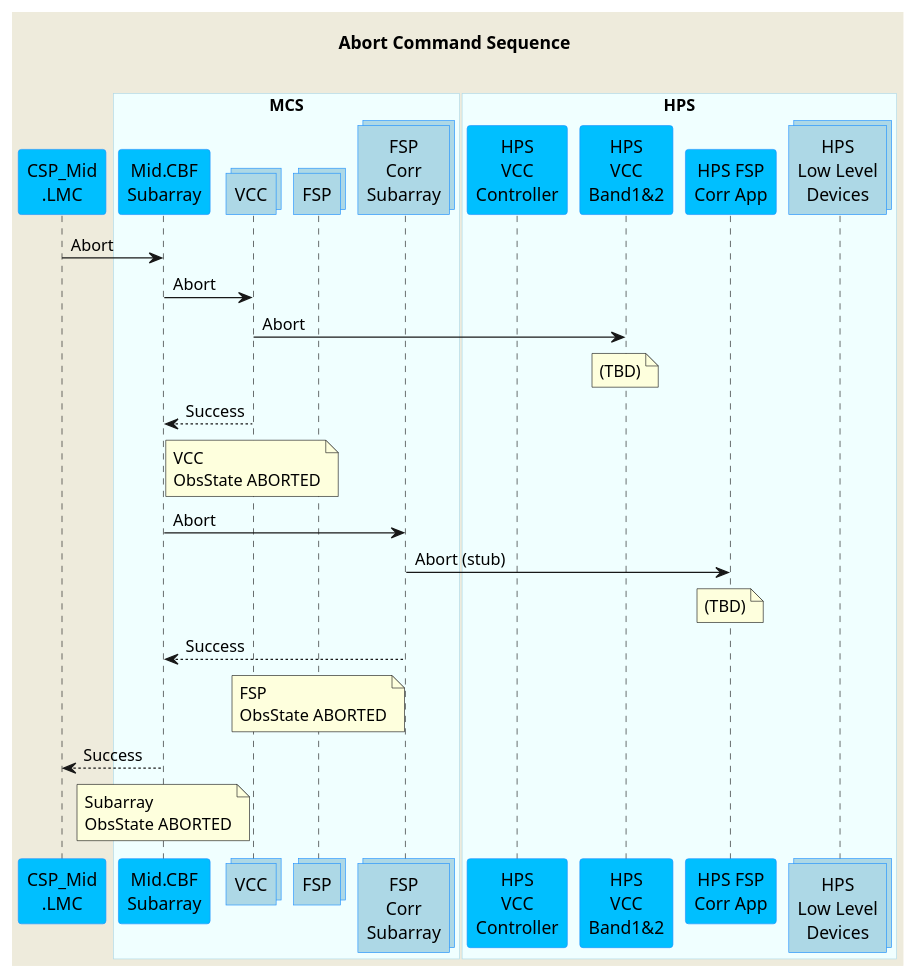
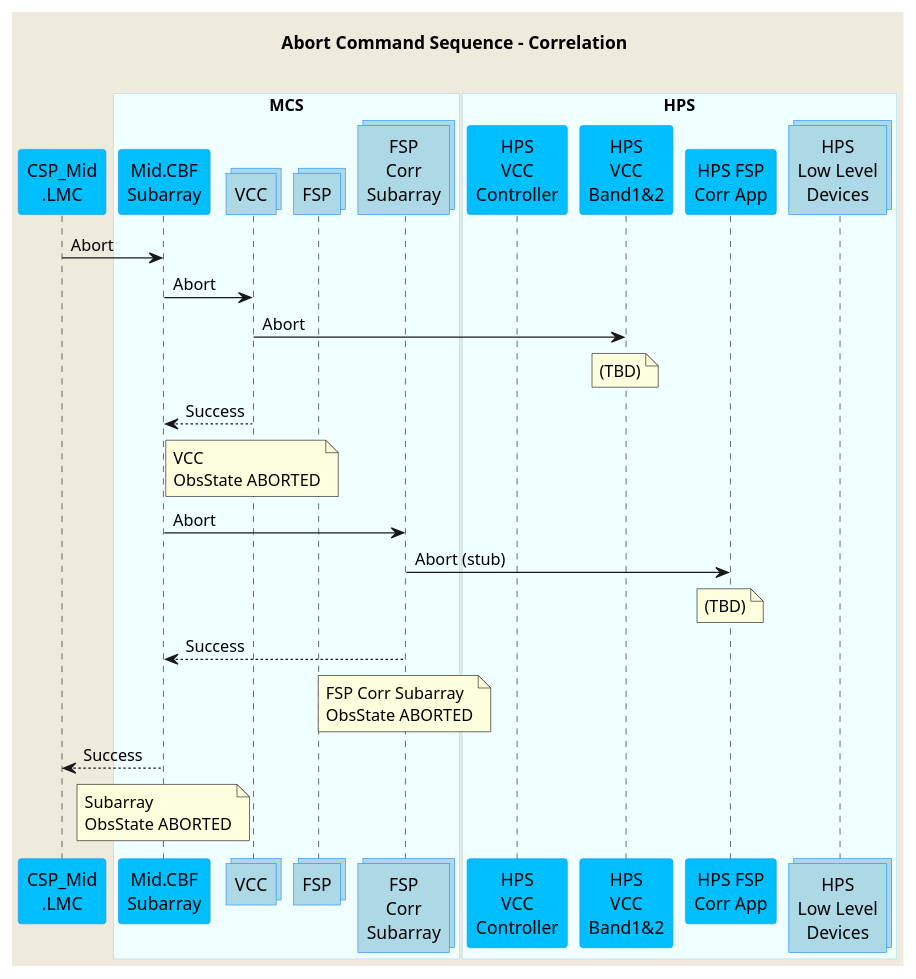
Before and after one commit to ska-telescope/mid-cbf-mcs: the diagram in docs/src/diagrams/abort-command.puml, drawn with PlantUML. The commit also changed 20 other files, not shown here.

```diff
--- a/docs/src/diagrams/abort-command.puml
+++ b/docs/src/diagrams/abort-command.puml
@@ -1,60 +1,60 @@
 @startuml
 'https://plantuml.com/sequence-diagram
 
 skinparam backgroundColor #EEEBDC
 skinparam sequence {
 ParticipantBorderColor DodgerBlue
 ParticipantBackgroundColor DeepSkyBlue
 ActorBorderColor DarkGreen
 ActorBackgroundColor Green
 BoxBorderColor LightBlue
 BoxBackgroundColor #F0FFFF
 }
 
 skinparam collections {
   BackGroundColor LightBlue
   BorderColor DodgerBlue
 }
 
 skinparam database {
   BackgroundColor LightGreen
   BorderColor DarkGreen
 }
 
-title Abort Command Sequence\n
+title Abort Command Sequence - Correlation\n
 
 participant "CSP_Mid\n.LMC" as lmc
 
 box "MCS"
 participant "Mid.CBF\nSubarray" as subarray
 collections "VCC" as vcc
 collections "FSP" as fsp
 collections "FSP\nCorr\nSubarray" as fspsubarray
 end box
 
 box "HPS"
 participant "HPS\nVCC\nController" as hpsvcc
 participant "HPS\nVCC\nBand1&2" as hpsvccband
 participant "HPS FSP\nCorr App" as hpsfsp
 collections "HPS\nLow Level\nDevices" as hpsdevices
 end box
 
 lmc        ->  subarray      : Abort
 
 subarray   ->  vcc           : Abort
 vcc        ->  hpsvccband    : Abort
 note over hpsvccband         : (TBD)
 subarray   <-- vcc           : Success
 note over vcc                : VCC\nObsState ABORTED
 subarray   ->  fspsubarray   : Abort
 fspsubarray->  hpsfsp        : Abort (stub)
 note over hpsfsp             : (TBD)
 subarray   <-- fspsubarray   : Success
-note over fsp                : FSP\nObsState ABORTED
+note over fspsubarray        : FSP Corr Subarray\nObsState ABORTED
 
 
 lmc       <--  subarray      : Success
 note over subarray           : Subarray\nObsState ABORTED
 
 
 @enduml
```
